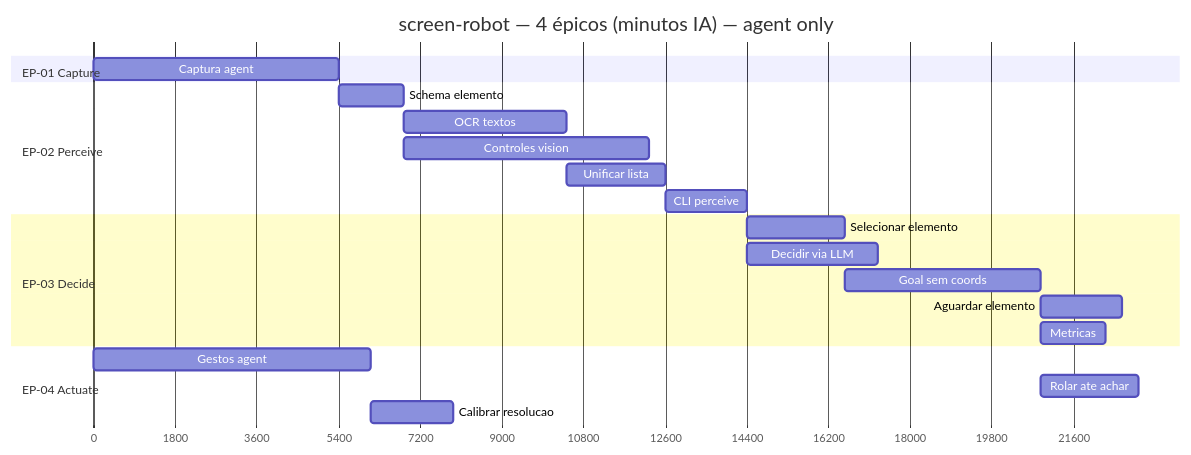
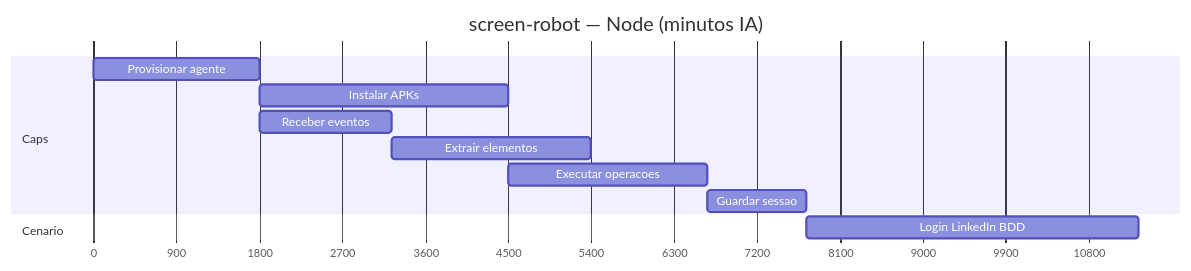
The diagram in core/board/README.md (laerciogermano/workstation), drawn with Mermaid before and after one commit. The commit also changed other lines of this file and 1 other file, not shown here.

Commit message:
Alinha board e tasks do screen-robot às 6 capacidades Node e ao BDD de login LinkedIn.

````diff
--- a/core/board/README.md
+++ b/core/board/README.md
@@ -15,28 +13,17 @@
 ```mermaid
 gantt
-  title screen-robot — 4 épicos (minutos IA) — agent only
+  title screen-robot — Node (minutos IA)
   dateFormat X
   axisFormat %s
 
-  section EP-01 Capture
-  Captura agent            :a01, 0, 90m
+  section Caps
+  Provisionar agente       :a01, 0, 30m
+  Instalar APKs            :a02, after a01, 45m
+  Receber eventos          :a03, after a01, 24m
+  Extrair elementos        :a04, after a03, 36m
+  Executar operacoes       :a05, after a02, 36m
+  Guardar sessao           :a06, after a05, 18m
 
-  section EP-02 Perceive
-  Schema elemento          :b01, after a01, 24m
-  OCR textos               :b02, after b01, 60m
-  Controles vision         :b03, after b01, 90m
-  Unificar lista           :b04, after b02, 36m
-  CLI perceive             :b05, after b04, 30m
-
-  section EP-03 Decide
-  Selecionar elemento      :c01, after b05, 36m
-  Decidir via LLM          :c02, after b05, 48m
-  Goal sem coords          :c03, after c01, 72m
-  Aguardar elemento        :c04, after c03, 30m
-  Metricas                 :c05, after c03, 24m
-
-  section EP-04 Actuate
-  Gestos agent             :d01, 0, 102m
-  Rolar ate achar          :d02, after c03, 36m
-  Calibrar resolucao       :d03, after d01, 30m
+  section Cenario
+  Login LinkedIn BDD       :b01, after a06, 60m
 ```
````
